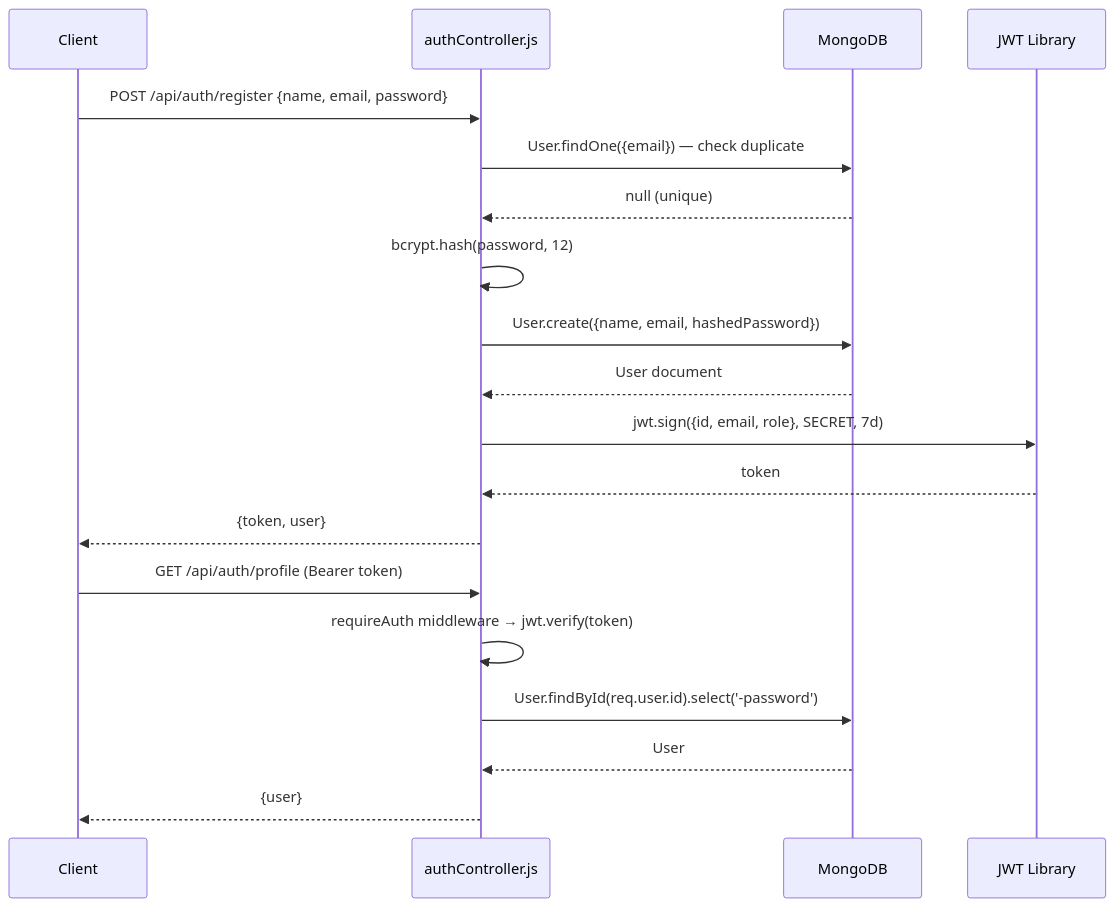
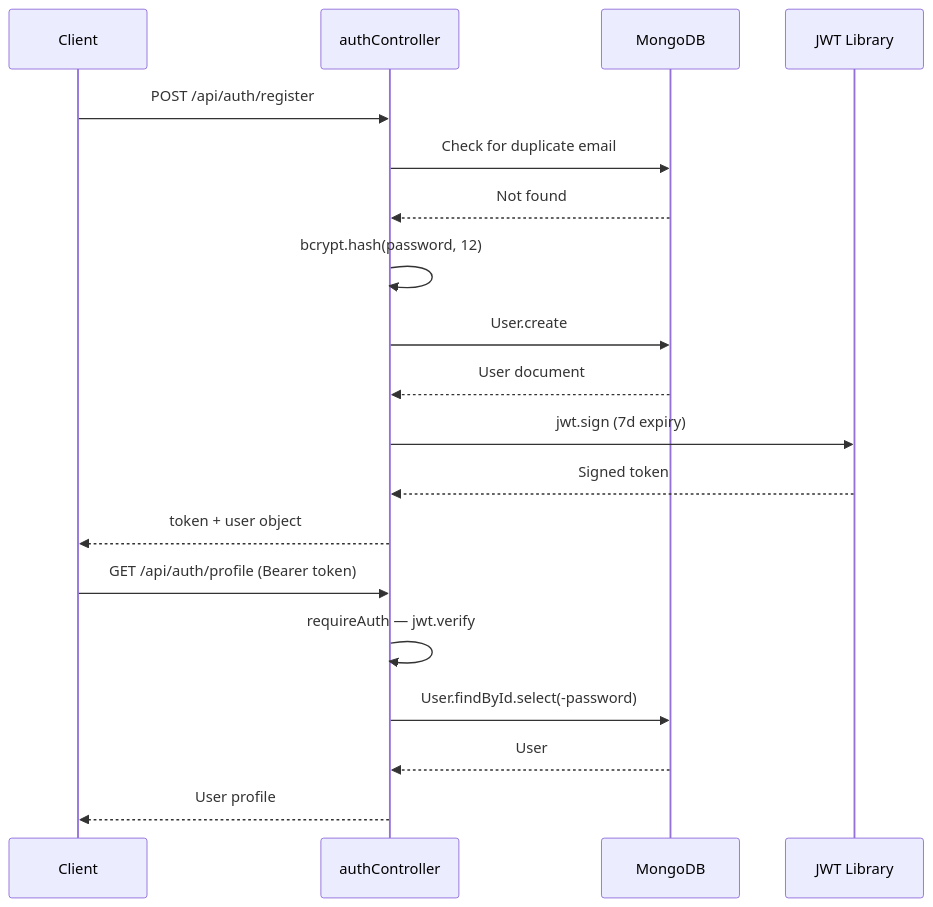
Before and after one commit to JahnviAghera/sp: the sixth of 14 diagrams in SpeakSpace_Project_Documentation.md, drawn with Mermaid. The commit also changed other lines of this file, not shown here.

Commit message:
docs: overhaul project documentation with improved architecture descriptions, structural refinements, and updated technical diagrams

````diff
--- a/SpeakSpace_Project_Documentation.md
+++ b/SpeakSpace_Project_Documentation.md
@@ -220,23 +242,23 @@
 ```mermaid
 sequenceDiagram
     participant C as Client
-    participant A as authController.js
+    participant A as authController
     participant DB as MongoDB
     participant JWT as JWT Library
 
-    C->>A: POST /api/auth/register {name, email, password}
-    A->>DB: User.findOne({email}) — check duplicate
-    DB-->>A: null (unique)
+    C->>A: POST /api/auth/register
+    A->>DB: Check for duplicate email
+    DB-->>A: Not found
     A->>A: bcrypt.hash(password, 12)
-    A->>DB: User.create({name, email, hashedPassword})
+    A->>DB: User.create
     DB-->>A: User document
-    A->>JWT: jwt.sign({id, email, role}, SECRET, 7d)
-    JWT-->>A: token
-    A-->>C: {token, user}
+    A->>JWT: jwt.sign (7d expiry)
+    JWT-->>A: Signed token
+    A-->>C: token + user object
 
     C->>A: GET /api/auth/profile (Bearer token)
-    A->>A: requireAuth middleware → jwt.verify(token)
-    A->>DB: User.findById(req.user.id).select('-password')
+    A->>A: requireAuth — jwt.verify
+    A->>DB: User.findById.select(-password)
     DB-->>A: User
-    A-->>C: {user}
+    A-->>C: User profile
 ```
````
